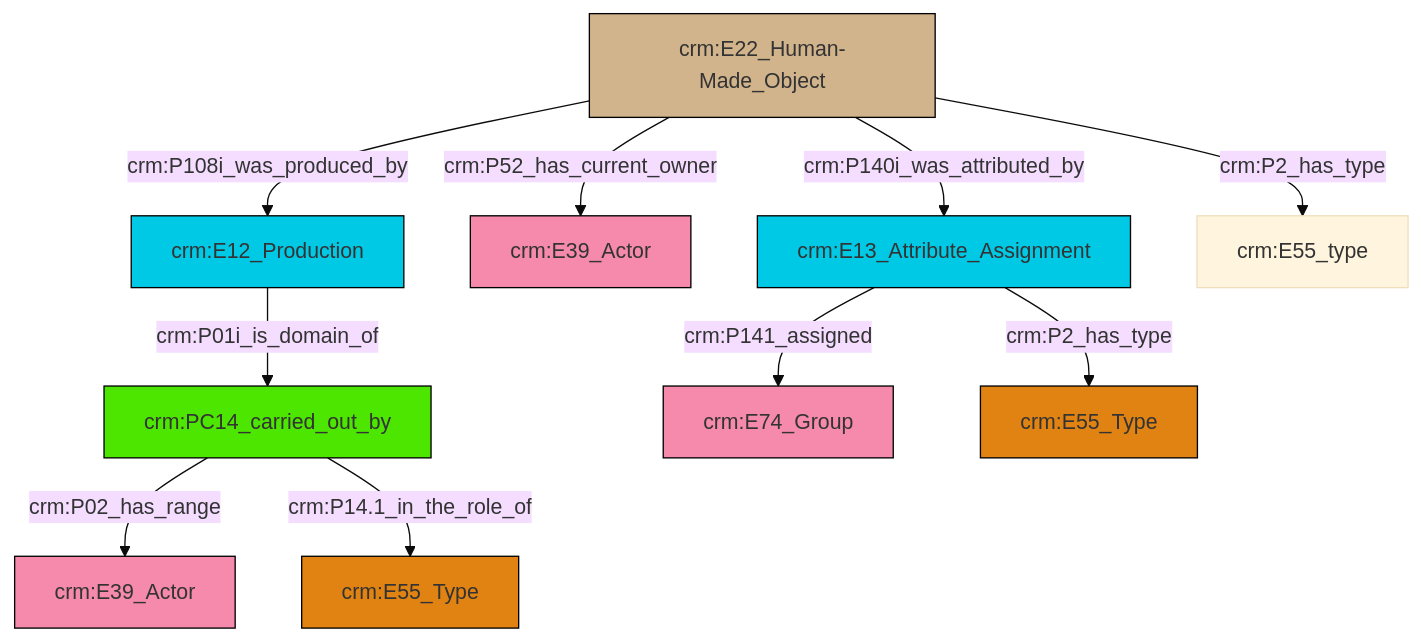
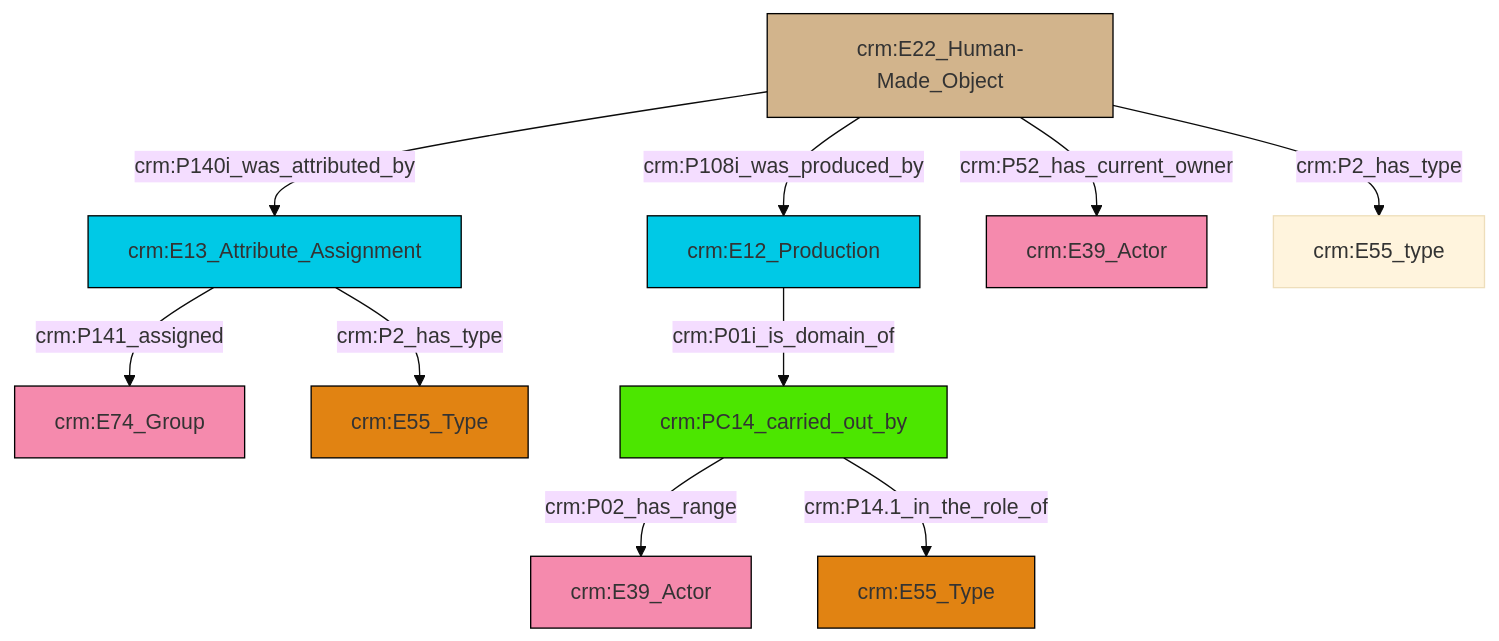
One commit to swiss-art-research-net/reference-data-models changed the diagram in et/builtWorkCSV/ttl/mmd/Built_Work_actor_relations.ttl.mmd. Above: the diagram before and after it, drawn with Mermaid (base theme). The commit also changed 127 other files, not shown here.

```diff
--- a/et/builtWorkCSV/ttl/mmd/Built_Work_actor_relations.ttl.mmd
+++ b/et/builtWorkCSV/ttl/mmd/Built_Work_actor_relations.ttl.mmd
@@ -1,24 +1,24 @@
 graph TD
 classDef Literal fill:#f2f2f2,stroke:#000000;
 classDef CRM_Entity fill:#FFFFFF,stroke:#000000;
 classDef Temporal_Entity fill:#00C9E6, stroke:#000000;
 classDef Type fill:#E18312, stroke:#000000;
 classDef Time-Span fill:#2C9C91, stroke:#000000;
 classDef Appellation fill:#FFEB7F, stroke:#000000;
 classDef Place fill:#008836, stroke:#000000;
 classDef Persistent_Item fill:#B266B2, stroke:#000000;
 classDef Conceptual_Object fill:#FFD700, stroke:#000000;
 classDef Physical_Thing fill:#D2B48C, stroke:#000000;
 classDef Actor fill:#f58aad, stroke:#000000;
 classDef PC_Classes fill:#4ce600, stroke:#000000;
 classDef Multi fill:#cccccc,stroke:#000000;
 
-2["crm:E22_Human-Made_Object"]:::Physical_Thing -->|crm:P108i_was_produced_by| 3["crm:E12_Production"]:::Temporal_Entity
-4["crm:E13_Attribute_Assignment"]:::Temporal_Entity -->|crm:P141_assigned| 5["crm:E74_Group"]:::Actor
-3["crm:E12_Production"]:::Temporal_Entity -->|crm:P01i_is_domain_of| 6["crm:PC14_carried_out_by"]:::PC_Classes
-6["crm:PC14_carried_out_by"]:::PC_Classes -->|crm:P02_has_range| 7["crm:E39_Actor"]:::Actor
-2["crm:E22_Human-Made_Object"]:::Physical_Thing -->|crm:P52_has_current_owner| 8["crm:E39_Actor"]:::Actor
-6["crm:PC14_carried_out_by"]:::PC_Classes -->|crm:P14.1_in_the_role_of| 0["crm:E55_Type"]:::Type
-4["crm:E13_Attribute_Assignment"]:::Temporal_Entity -->|crm:P2_has_type| 12["crm:E55_Type"]:::Type
-2["crm:E22_Human-Made_Object"]:::Physical_Thing -->|crm:P140i_was_attributed_by| 4["crm:E13_Attribute_Assignment"]:::Temporal_Entity
-2["crm:E22_Human-Made_Object"]:::Physical_Thing -->|crm:P2_has_type| 10["crm:E55_type"]:::Default
+2["crm:E13_Attribute_Assignment"]:::Temporal_Entity -->|crm:P141_assigned| 3["crm:E74_Group"]:::Actor
+4["crm:PC14_carried_out_by"]:::PC_Classes -->|crm:P02_has_range| 5["crm:E39_Actor"]:::Actor
+0["crm:E22_Human-Made_Object"]:::Physical_Thing -->|crm:P140i_was_attributed_by| 2["crm:E13_Attribute_Assignment"]:::Temporal_Entity
+4["crm:PC14_carried_out_by"]:::PC_Classes -->|crm:P14.1_in_the_role_of| 6["crm:E55_Type"]:::Type
+0["crm:E22_Human-Made_Object"]:::Physical_Thing -->|crm:P108i_was_produced_by| 7["crm:E12_Production"]:::Temporal_Entity
+0["crm:E22_Human-Made_Object"]:::Physical_Thing -->|crm:P52_has_current_owner| 8["crm:E39_Actor"]:::Actor
+7["crm:E12_Production"]:::Temporal_Entity -->|crm:P01i_is_domain_of| 4["crm:PC14_carried_out_by"]:::PC_Classes
+2["crm:E13_Attribute_Assignment"]:::Temporal_Entity -->|crm:P2_has_type| 10["crm:E55_Type"]:::Type
+0["crm:E22_Human-Made_Object"]:::Physical_Thing -->|crm:P2_has_type| 17["crm:E55_type"]:::Default
```
